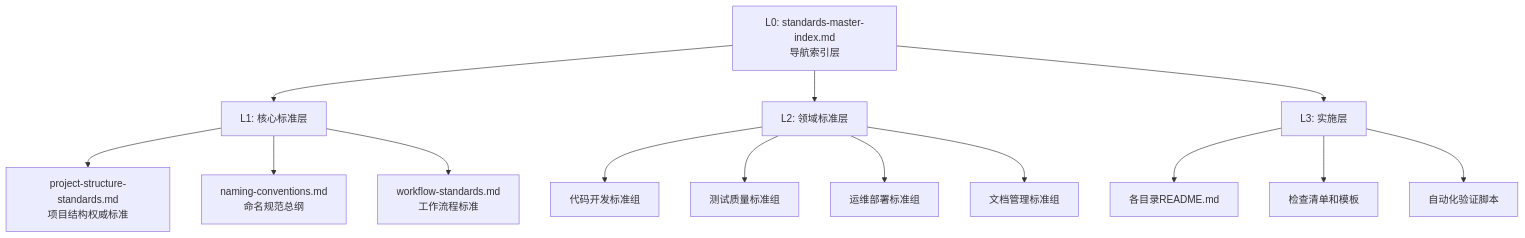
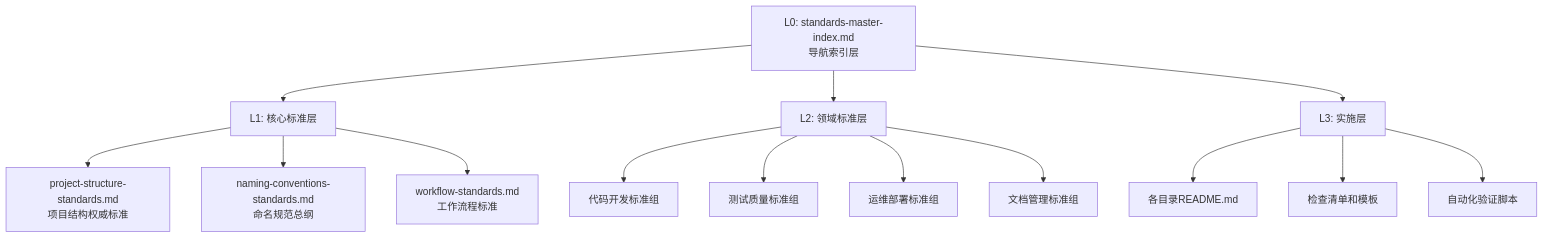
The diagram in docs/adr/ADR-002-standards-architecture-refactoring.md (HaoranTong/ecommerce_platform), drawn with Mermaid before and after one commit. The commit also changed other lines of this file and 103 other files, not shown here.

````diff
--- a/docs/adr/ADR-002-standards-architecture-refactoring.md
+++ b/docs/adr/ADR-002-standards-architecture-refactoring.md
@@ -63,19 +63,19 @@
 ```mermaid
 graph TD
     A[L0: standards-master-index.md<br/>导航索引层] --> B[L1: 核心标准层]
     A --> C[L2: 领域标准层] 
     A --> D[L3: 实施层]
     
     B --> B1[project-structure-standards.md<br/>项目结构权威标准]
-    B --> B2[naming-conventions.md<br/>命名规范总纲]
+    B --> B2[naming-conventions-standards.md<br/>命名规范总纲]
     B --> B3[workflow-standards.md<br/>工作流程标准]
     
     C --> C1[代码开发标准组]
     C --> C2[测试质量标准组]
     C --> C3[运维部署标准组]
     C --> C4[文档管理标准组]
     
     D --> D1[各目录README.md]
     D --> D2[检查清单和模板]
     D --> D3[自动化验证脚本]
 ```
````
